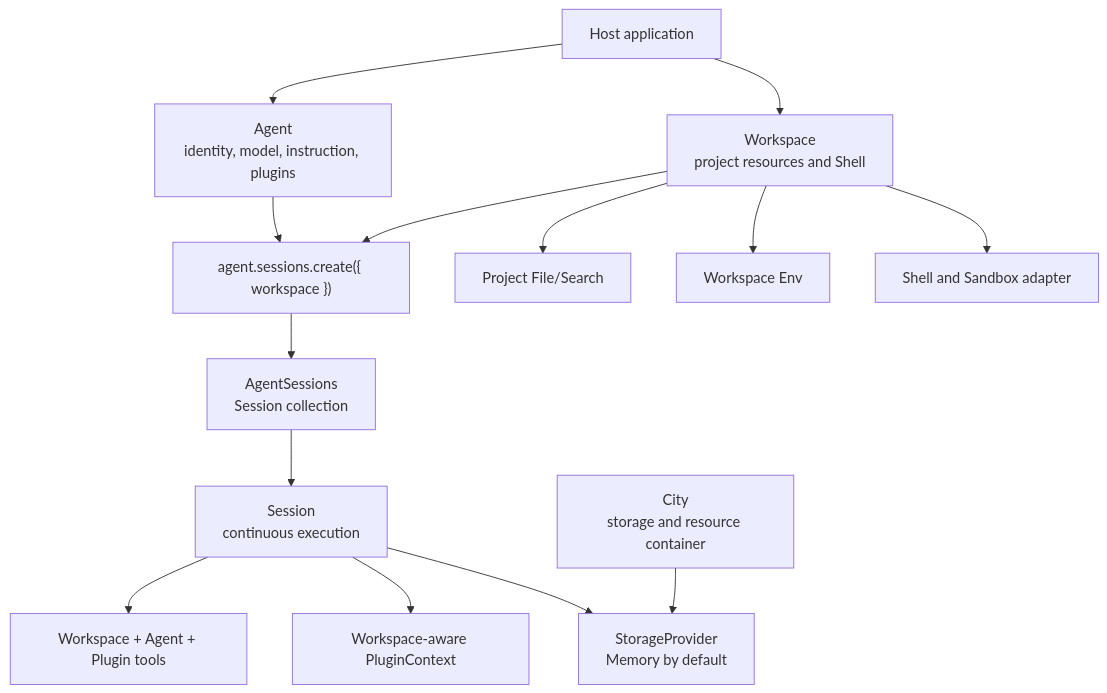
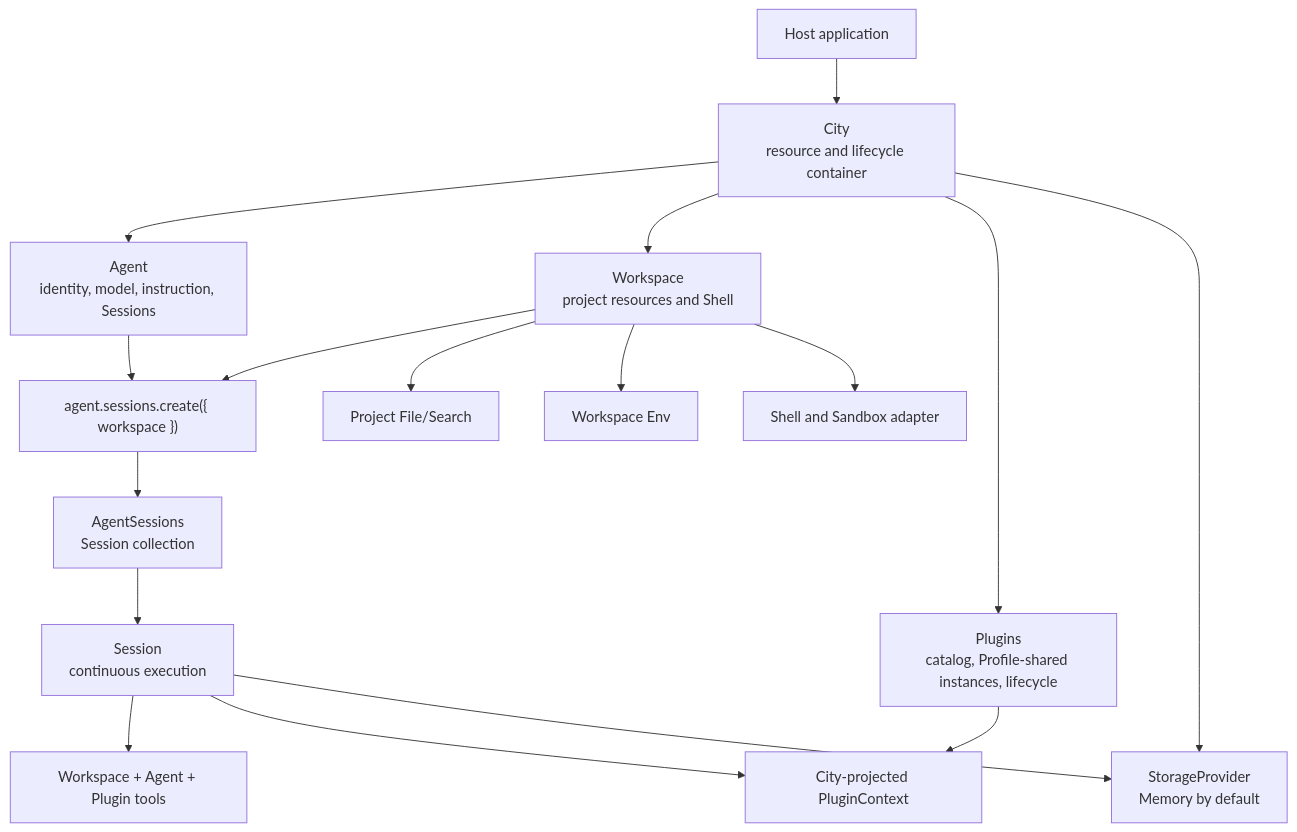
The first of 2 diagrams in homepage/content/docs/en/agent/sdk-architecture.mdx (genesiscosmos/downcity), drawn with Mermaid before and after one commit. The commit also changed other lines of this file and 287 other files, not shown here.

Commit message:
refactor(plugin): move plugin ownership to city

````diff
--- a/homepage/content/docs/en/agent/sdk-architecture.mdx
+++ b/homepage/content/docs/en/agent/sdk-architecture.mdx
@@ -24,16 +28,19 @@
 ```mermaid
 flowchart TD
-    Host["Host application"] --> Agent["Agent<br/>identity, model, instruction, plugins"]
-    Host --> Workspace["Workspace<br/>project resources and Shell"]
+    Host["Host application"] --> City["City<br/>resource and lifecycle container"]
+    City --> Agent["Agent<br/>identity, model, instruction, Sessions"]
+    City --> Workspace["Workspace<br/>project resources and Shell"]
+    City --> Plugins["Plugins<br/>catalog, Profile-shared instances, lifecycle"]
     Agent --> Enter["agent.sessions.create({ workspace })"]
     Workspace --> Enter
     Enter --> Sessions["AgentSessions<br/>Session collection"]
     Sessions --> Session["Session<br/>continuous execution"]
     Session --> Tools["Workspace + Agent + Plugin tools"]
-    Session --> Context["Workspace-aware PluginContext"]
-    City["City<br/>storage and resource container"] --> Storage["StorageProvider<br/>Memory by default"]
+    Session --> Context["City-projected PluginContext"]
+    Plugins --> Context
+    City --> Storage["StorageProvider<br/>Memory by default"]
     Session --> Storage
     Workspace --> Files["Project File/Search"]
     Workspace --> Env["Workspace Env"]
     Workspace --> Shell["Shell and Sandbox adapter"]
 ```
````
